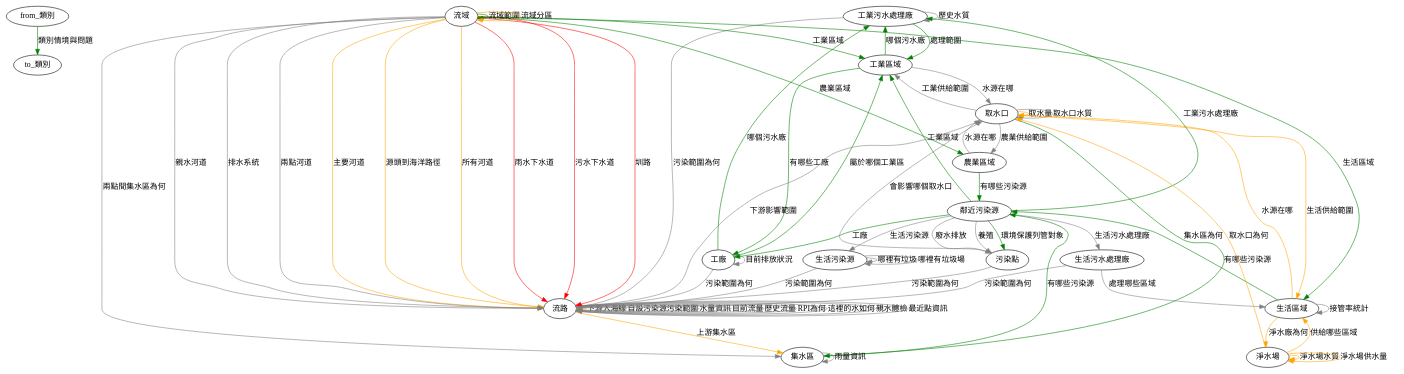
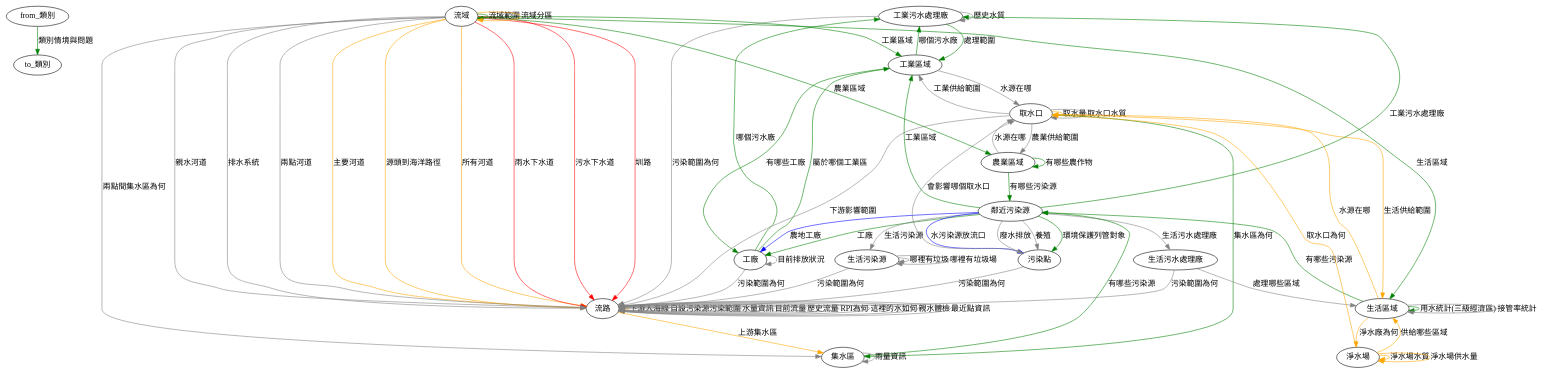
Before and after one commit to aga3134/SourcingWater: the diagram in tools/TopoTextToDot/output.dot, drawn with Graphviz. The commit also changed 11 other files, not shown here.

```diff
--- a/tools/TopoTextToDot/output.dot
+++ b/tools/TopoTextToDot/output.dot
@@ -1,72 +1,76 @@
 digraph G {
 	"from_類別"->"to_類別"[label="類別情境與問題",color="green",style=""]
 	"工業污水處理廠"->"工業區域"[label="處理範圍",color="green",style=""]
 	"工業污水處理廠"->"流路"[label="污染範圍為何",color="gray",style=""]
 	"工業污水處理廠"->"工業污水處理廠"[label="歷史水質",color="gray",style=""]
 	"工業區域"->"工業污水處理廠"[label="哪個污水廠",color="green",style=""]
 	"工業區域"->"工廠"[label="有哪些工廠",color="green",style=""]
 	"工業區域"->"取水口"[label="水源在哪",color="gray",style=""]
 	"工廠"->"工業污水處理廠"[label="哪個污水廠",color="green",style=""]
 	"工廠"->"工業區域"[label="屬於哪個工業區",color="green",style=""]
 	"工廠"->"工廠"[label="目前排放狀況",color="gray",style=""]
 	"工廠"->"流路"[label="污染範圍為何",color="gray",style=""]
 	"生活污水處理廠"->"流路"[label="污染範圍為何",color="gray",style=""]
 	"生活污水處理廠"->"生活區域"[label="處理哪些區域",color="gray",style=""]
 	"生活污染源"->"流路"[label="污染範圍為何",color="gray",style=""]
 	"生活污染源"->"生活污染源"[label="哪裡有垃圾",color="gray",style=""]
 	"生活污染源"->"生活污染源"[label="哪裡有垃圾場",color="gray",style=""]
 	"生活區域"->"鄰近污染源"[label="有哪些污染源",color="green",style=""]
+	"生活區域"->"生活區域"[label="用水統計(三級經濟區)",color="green",style=""]
 	"生活區域"->"取水口"[label="水源在哪",color="orange",style=""]
 	"生活區域"->"淨水場"[label="淨水廠為何",color="orange",style=""]
 	"生活區域"->"生活區域"[label="接管率統計",color="gray",style=""]
 	"污染點"->"流路"[label="污染範圍為何",color="gray",style=""]
 	"污染點"->"取水口"[label="會影響哪個取水口",color="gray",style=""]
 	"取水口"->"集水區"[label="集水區為何",color="green",style=""]
 	"取水口"->"取水口"[label="取水量",color="orange",style=""]
 	"取水口"->"生活區域"[label="生活供給範圍",color="orange",style=""]
 	"取水口"->"流路"[label="下游影響範圍",color="gray",style=""]
 	"取水口"->"取水口"[label="取水口水質",color="gray",style=""]
 	"取水口"->"農業區域"[label="農業供給範圍",color="gray",style=""]
 	"取水口"->"工業區域"[label="工業供給範圍",color="gray",style=""]
 	"流域"->"流域"[label="流域範圍",color="green",style=""]
 	"流域"->"生活區域"[label="生活區域",color="green",style=""]
 	"流域"->"農業區域"[label="農業區域",color="green",style=""]
 	"流域"->"工業區域"[label="工業區域",color="green",style=""]
 	"流域"->"流路"[label="主要河道",color="orange",style=""]
 	"流域"->"流路"[label="源頭到海洋路徑",color="orange",style=""]
 	"流域"->"流路"[label="所有河道",color="orange",style=""]
 	"流域"->"流域"[label="流域分區",color="orange",style=""]
 	"流域"->"流路"[label="雨水下水道",color="red",style=""]
 	"流域"->"流路"[label="污水下水道",color="red",style=""]
 	"流域"->"流路"[label="圳路",color="red",style=""]
 	"流域"->"流路"[label="親水河道",color="gray",style=""]
 	"流域"->"流路"[label="排水系統",color="gray",style=""]
 	"流域"->"流路"[label="兩點河道",color="gray",style=""]
 	"流域"->"集水區"[label="兩點間集水區為何",color="gray",style=""]
 	"流路"->"集水區"[label="上游集水區",color="orange",style=""]
 	"流路"->"流路"[label="下游入海線",color="orange",style=""]
 	"流路"->"流路"[label="自設污染源污染範圍",color="gray",style=""]
 	"流路"->"流路"[label="水量資訊",color="gray",style=""]
 	"流路"->"流路"[label="目前流量",color="gray",style=""]
 	"流路"->"流路"[label="歷史流量",color="gray",style=""]
 	"流路"->"流路"[label="RPI為何",color="gray",style=""]
 	"流路"->"流路"[label="這裡的水如何",color="gray",style=""]
 	"流路"->"流路"[label="親水體檢",color="gray",style=""]
 	"流路"->"流路"[label="最近點資訊",color="gray",style=""]
 	"淨水場"->"取水口"[label="取水口為何",color="orange",style=""]
 	"淨水場"->"淨水場"[label="淨水場水質",color="orange",style=""]
 	"淨水場"->"淨水場"[label="淨水場供水量",color="orange",style=""]
 	"淨水場"->"生活區域"[label="供給哪些區域",color="orange",style=""]
 	"集水區"->"鄰近污染源"[label="有哪些污染源",color="green",style=""]
 	"集水區"->"集水區"[label="雨量資訊",color="gray",style=""]
 	"農業區域"->"鄰近污染源"[label="有哪些污染源",color="green",style=""]
+	"農業區域"->"農業區域"[label="有哪些農作物",color="green",style=""]
 	"農業區域"->"取水口"[label="水源在哪",color="gray",style=""]
 	"鄰近污染源"->"工廠"[label="工廠",color="green",style=""]
 	"鄰近污染源"->"污染點"[label="環境保護列管對象",color="green",style=""]
 	"鄰近污染源"->"工業區域"[label="工業區域",color="green",style=""]
 	"鄰近污染源"->"工業污水處理廠"[label="工業污水處理廠",color="green",style=""]
+	"鄰近污染源"->"工廠"[label="農地工廠",color="blue",style=""]
+	"鄰近污染源"->"污染點"[label="水污染源放流口",color="blue",style=""]
 	"鄰近污染源"->"生活污染源"[label="生活污染源",color="gray",style=""]
 	"鄰近污染源"->"生活污水處理廠"[label="生活污水處理廠",color="gray",style=""]
 	"鄰近污染源"->"污染點"[label="廢水排放",color="gray",style=""]
 	"鄰近污染源"->"污染點"[label="養殖",color="gray",style=""]
 }
```
